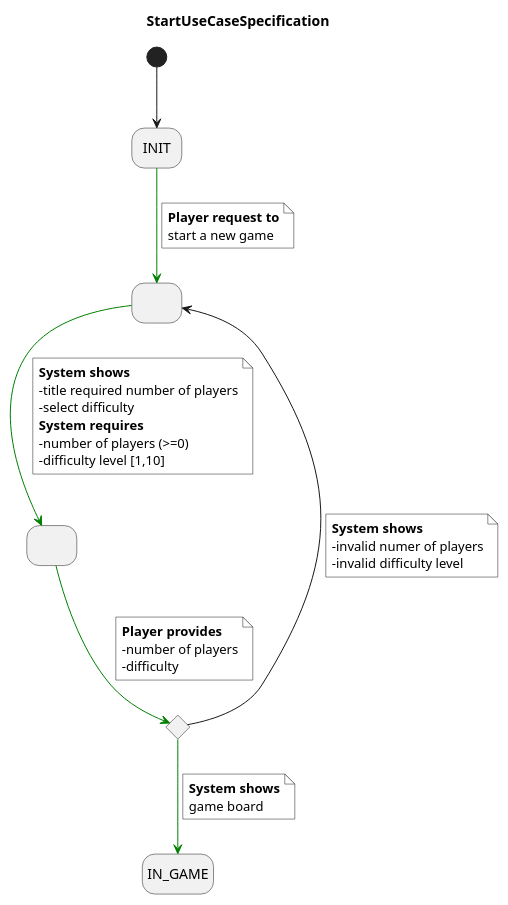
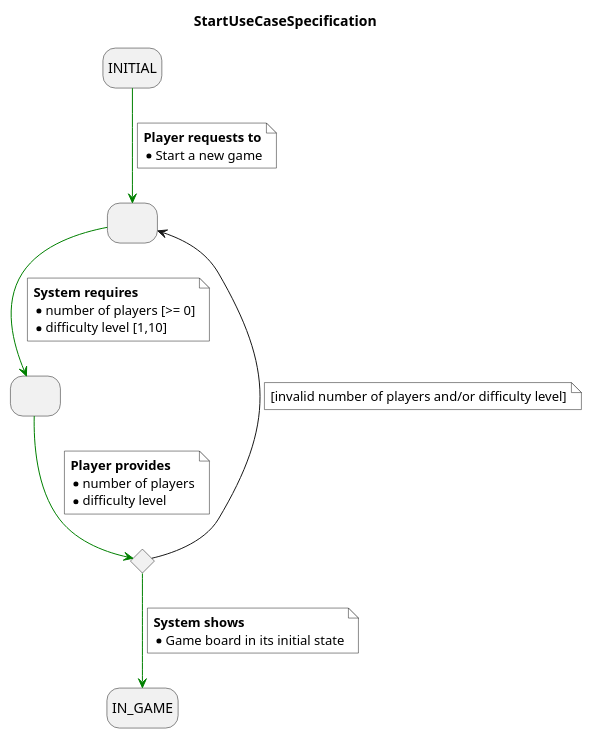
The diagram in docs/src/use-cases/specification/start-spec.plantuml (Master-Desarrollo-20-21/patrones-diseno---practica-final---juego-de-las-damas-fraylopez), drawn with PlantUML before and after one commit.

Commit message:
Improve the Start use-case specification

```diff
--- a/docs/src/use-cases/specification/start-spec.plantuml
+++ b/docs/src/use-cases/specification/start-spec.plantuml
@@ -1,43 +1,42 @@
 @startuml StartUseCaseSpecification
 title StartUseCaseSpecification
 skinparam NoteBackgroundColor white
 hide empty description
-state INIT as "INIT"
+
 state startedGame as " "
 state numberOfPlayers as " "
 state ifValidNumberOfPlayers <<choice>>
 
-[*] --> INIT
-INIT -[#green]-> startedGame
+
+INITIAL -[#green]-> startedGame
 note on link #white
-  <b>Player request to
-  start a new game
+  <b>Player requests to
+  * Start a new game
 end note
+
 startedGame -[#green]-> numberOfPlayers
 note on link
-  <b>System shows
-  -title required number of players
-  -select difficulty
   <b>System requires
-  -number of players (>=0)
-  -difficulty level [1,10]
+  * number of players [>= 0]
+  * difficulty level [1,10]
 end note
+
 numberOfPlayers -[#green]-> ifValidNumberOfPlayers
 note on link
   <b>Player provides
-  -number of players
-  -difficulty
+  * number of players
+  * difficulty level
 end note
+
 ifValidNumberOfPlayers --> startedGame
 note on link
-  <b>System shows
-  -invalid numer of players
-  -invalid difficulty level
+  [invalid number of players and/or difficulty level]
 end note
+
 ifValidNumberOfPlayers -[#green]-> IN_GAME
 note on link
   <b>System shows
-  game board
+  * Game board in its initial state
 end note
 
 @enduml
```
